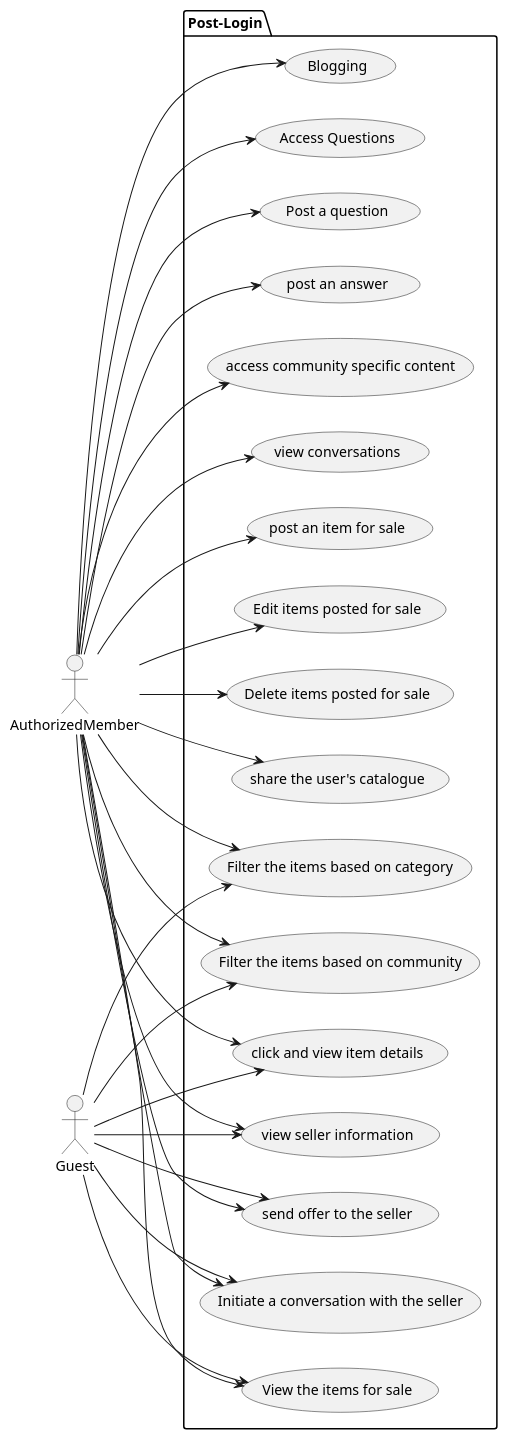
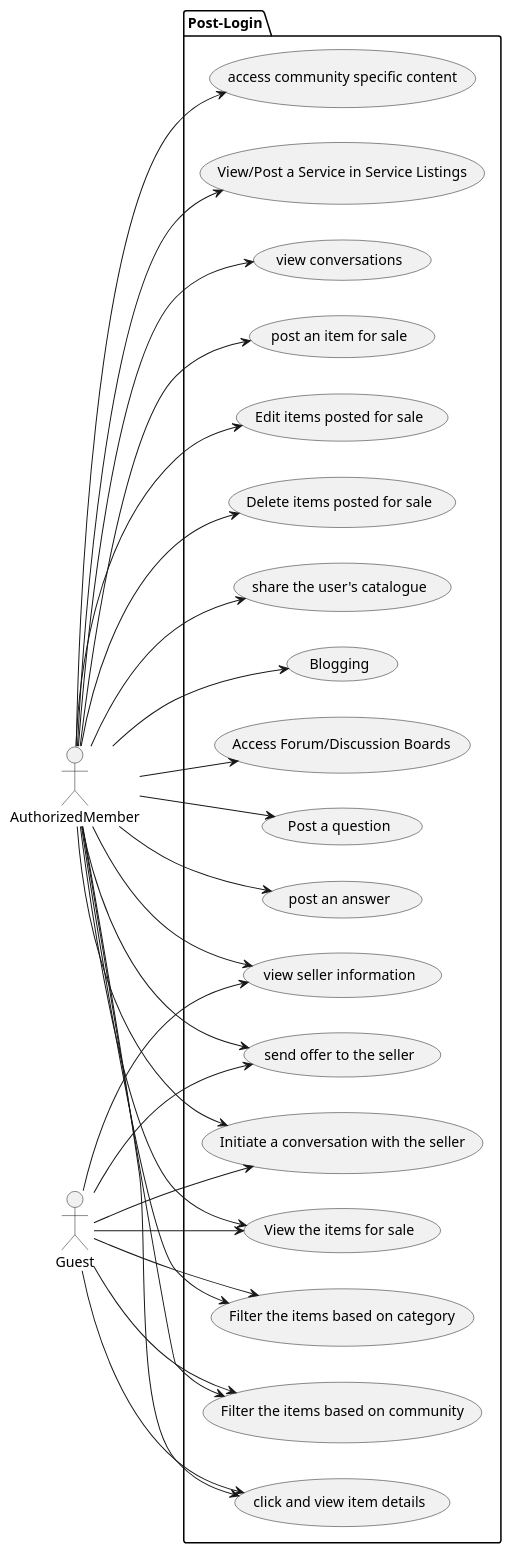
Before and after one commit to vamshikrishna1/neighbourly: the diagram in design/member-usecase.puml, drawn with PlantUML. The commit also changed other lines of this file and 4 other files, not shown here.

```diff
--- a/design/member-usecase.puml
+++ b/design/member-usecase.puml
@@ -21,53 +1,55 @@
 @startuml member-post-login
 
 left to right direction
 actor AuthorizedMember as m
 actor Guest as g
 package Post-Login {
  usecase "View the items for sale" as uc2
  usecase "Filter the items based on category" as uc3
  usecase "Filter the items based on community" as uc4
  usecase "click and view item details" as uc5
  usecase "view seller information" as uc6
  usecase "send offer to the seller" as uc7
  usecase "Initiate a conversation with the seller" as uc8
  usecase "view conversations" as uc9
  usecase "post an item for sale" as uc10
  usecase "Edit items posted for sale" as uc11
  usecase "Delete items posted for sale" as uc12
  usecase "Disable/Enable the items posted for sale" as uc13
  usecase "share the user's catalogue" as uc13
  usecase "Blogging" as uc14
- usecase "Access Questions" as uc15
+ usecase "Access Forum/Discussion Boards" as uc15
  usecase "Post a question" as uc16
  usecase "post an answer" as uc17
  usecase "access community specific content" as uc18
+ usecase "View/Post a Service in Service Listings" as uc19   
 }
 
 m --> uc2
 m --> uc3
 m --> uc4
 m --> uc5
 m --> uc6
 m --> uc7
 m --> uc8
 m --> uc9
 m --> uc10
 m --> uc11
 m --> uc12
 m --> uc13
 m --> uc14
 m --> uc15
 m --> uc16
 m --> uc17
 m --> uc18
+m --> uc19
 
 g --> uc2
 g --> uc3
 g --> uc4
 g --> uc5
 g --> uc6
 g --> uc7
 g --> uc8
 
 @enduml
```
